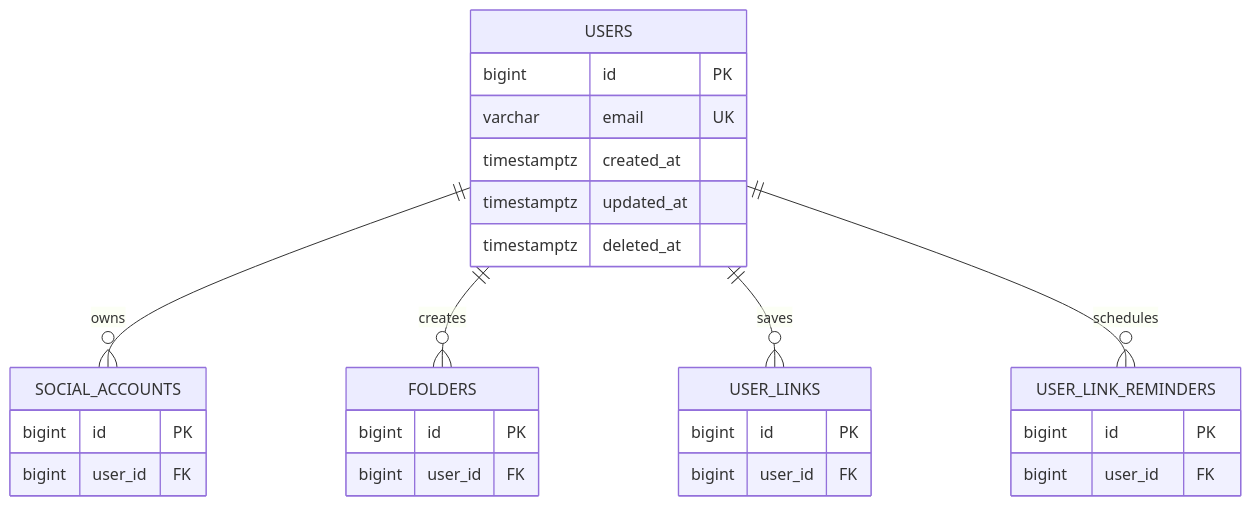
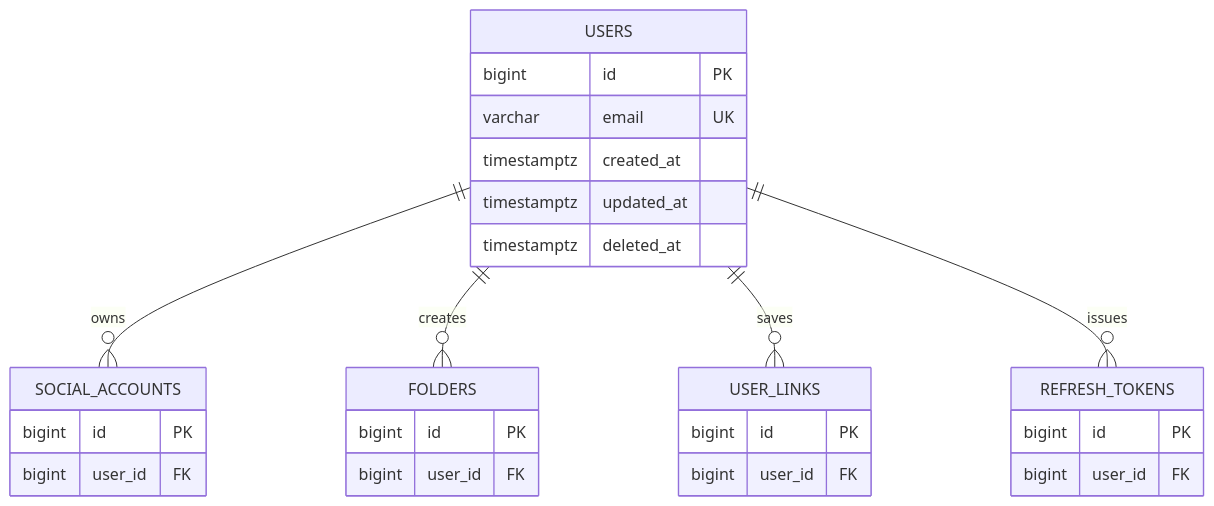
The diagram in docs/database/tables/users.md (mash-up-kr/Promise.9-Server), drawn with Mermaid before and after one commit. The commit also changed 2 other files, not shown here.

Commit message:
docs: 틀린 문서 수정

````diff
--- a/docs/database/tables/users.md
+++ b/docs/database/tables/users.md
@@ -7,35 +7,35 @@
 ```mermaid
 erDiagram
   USERS ||--o{ SOCIAL_ACCOUNTS : owns
   USERS ||--o{ FOLDERS : creates
   USERS ||--o{ USER_LINKS : saves
-  USERS ||--o{ USER_LINK_REMINDERS : schedules
+  USERS ||--o{ REFRESH_TOKENS : issues
 
   USERS {
     bigint id PK
     varchar email UK
     timestamptz created_at
     timestamptz updated_at
     timestamptz deleted_at
   }
 
   SOCIAL_ACCOUNTS {
     bigint id PK
     bigint user_id FK
   }
 
   FOLDERS {
     bigint id PK
     bigint user_id FK
   }
 
   USER_LINKS {
     bigint id PK
     bigint user_id FK
   }
 
-  USER_LINK_REMINDERS {
+  REFRESH_TOKENS {
     bigint id PK
     bigint user_id FK
   }
 ```
````
